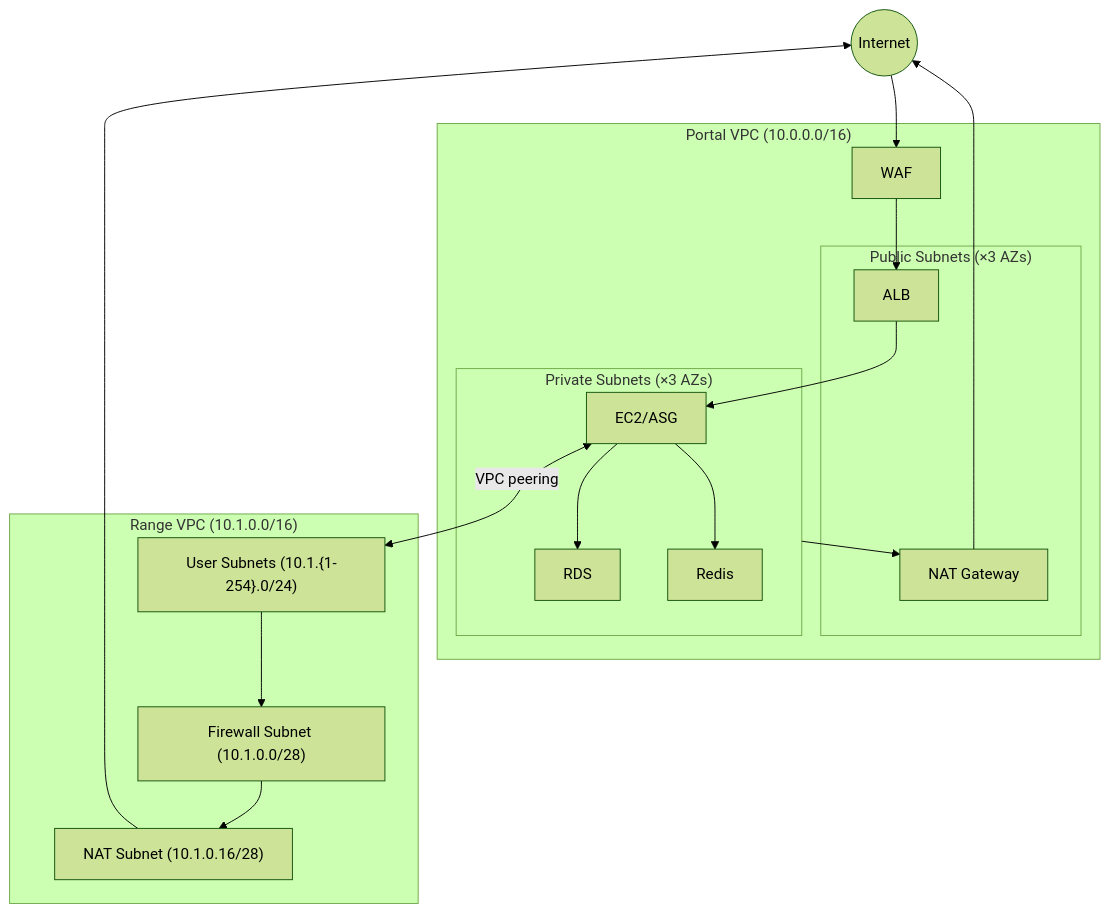
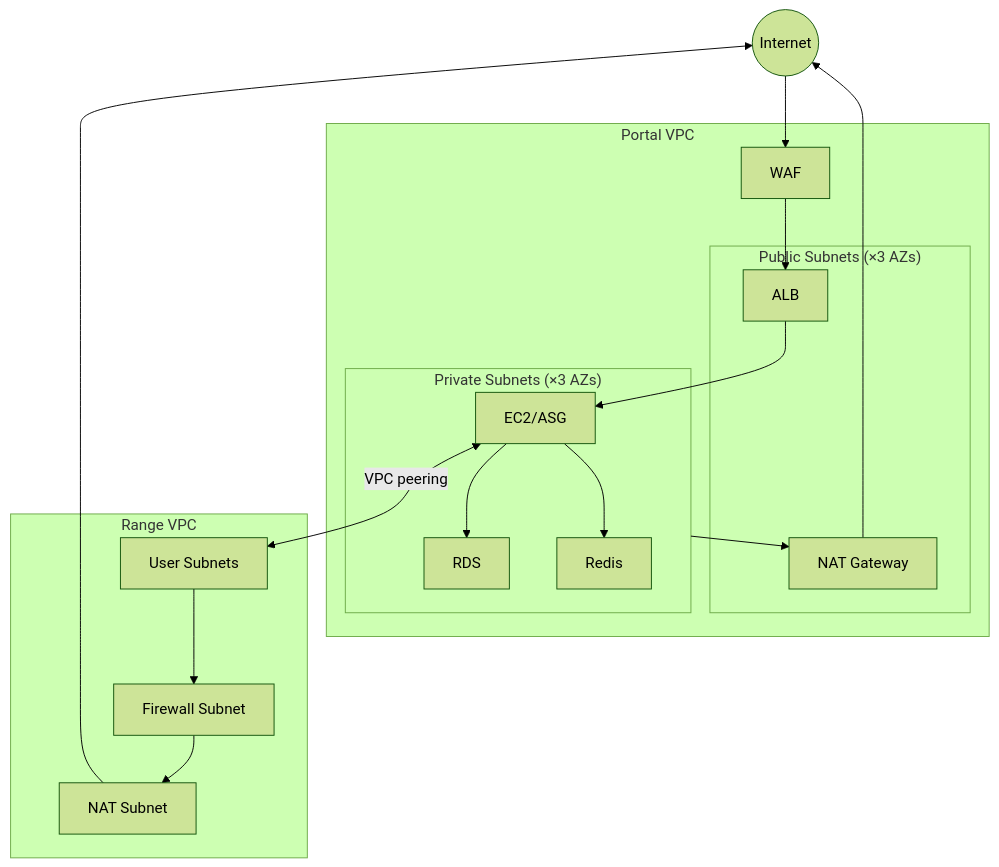
The diagram in shifter/shifter_platform/documentation/docs/technical/platform_infrastructure/networking.md (PaloAltoNetworks/shifter), drawn with Mermaid (forest theme) before and after one commit. The commit also changed other lines of this file and 72 other files, not shown here.

````diff
--- a/shifter/shifter_platform/documentation/docs/technical/platform_infrastructure/networking.md
+++ b/shifter/shifter_platform/documentation/docs/technical/platform_infrastructure/networking.md
@@ -7,32 +19,32 @@
 ```mermaid
 graph TB
     Internet((Internet))
 
-    subgraph PortalVPC["Portal VPC (10.0.0.0/16)"]
+    subgraph PortalVPC["Portal VPC"]
         WAF["WAF"]
         subgraph PublicSubnets["Public Subnets (×3 AZs)"]
             ALB["ALB"]
             PortalNAT["NAT Gateway"]
         end
         subgraph PrivateSubnets["Private Subnets (×3 AZs)"]
             EC2["EC2/ASG"]
             RDS["RDS"]
             Redis["Redis"]
         end
     end
 
-    subgraph RangeVPC["Range VPC (10.1.0.0/16)"]
-        FirewallSubnet["Firewall Subnet (10.1.0.0/28)"]
-        NATSubnet["NAT Subnet (10.1.0.16/28)"]
-        UserSubnets["User Subnets (10.1.{1-254}.0/24)"]
+    subgraph RangeVPC["Range VPC"]
+        FirewallSubnet["Firewall Subnet"]
+        NATSubnet["NAT Subnet"]
+        UserSubnets["User Subnets"]
     end
 
     Internet --> WAF --> ALB
     ALB --> EC2
     EC2 --> RDS
     EC2 --> Redis
     PrivateSubnets --> PortalNAT --> Internet
     EC2 <-->|VPC peering| UserSubnets
 
     UserSubnets --> FirewallSubnet --> NATSubnet --> Internet
 ```
````
